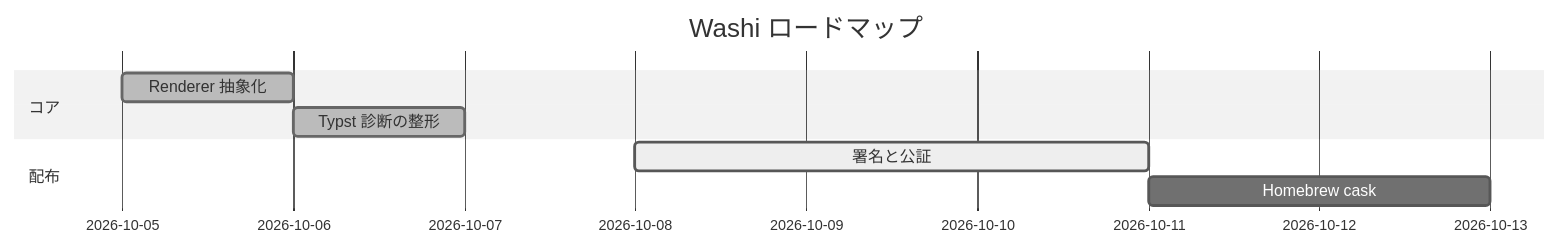
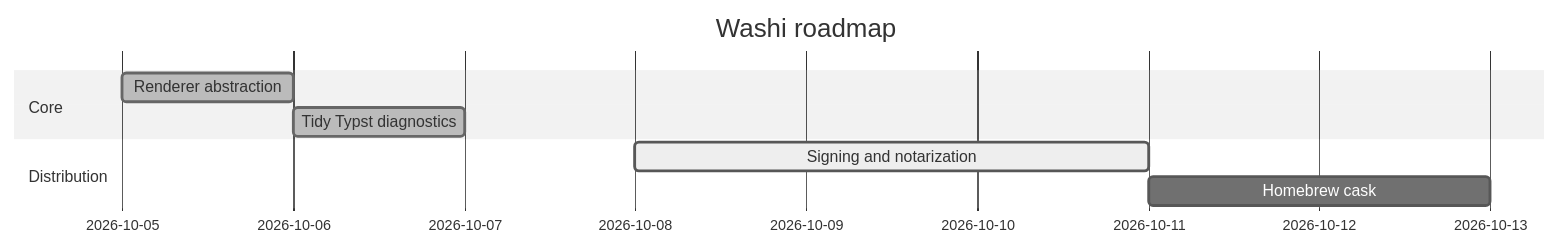
The third of 3 diagrams in examples/showcase.md (Satzzxzxx-OSS/washi), drawn with Mermaid (neutral theme) before and after one commit. The commit also changed other lines of this file and 5 other files, not shown here.

````diff
--- a/examples/showcase.md
+++ b/examples/showcase.md
@@ -125,11 +125,11 @@
 ```mermaid
 gantt
-  title Washi ロードマップ
+  title Washi roadmap
   dateFormat  YYYY-MM-DD
-  section コア
-  Renderer 抽象化     :done, a1, 2026-10-05, 1d
-  Typst 診断の整形    :done, a2, after a1, 1d
-  section 配布
-  署名と公証          :active, b1, 2026-10-08, 3d
-  Homebrew cask       :b2, after b1, 2d
+  section Core
+  Renderer abstraction   :done, a1, 2026-10-05, 1d
+  Tidy Typst diagnostics :done, a2, after a1, 1d
+  section Distribution
+  Signing and notarization :active, b1, 2026-10-08, 3d
+  Homebrew cask            :b2, after b1, 2d
 ```
````
